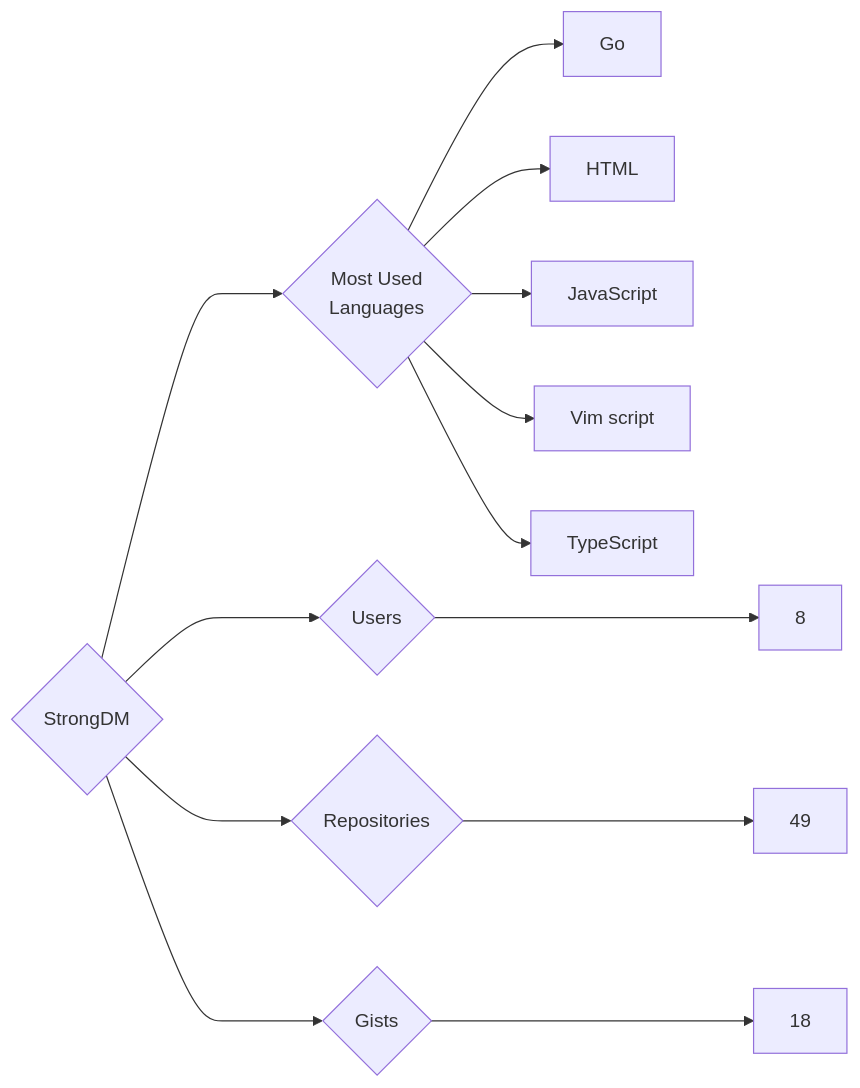
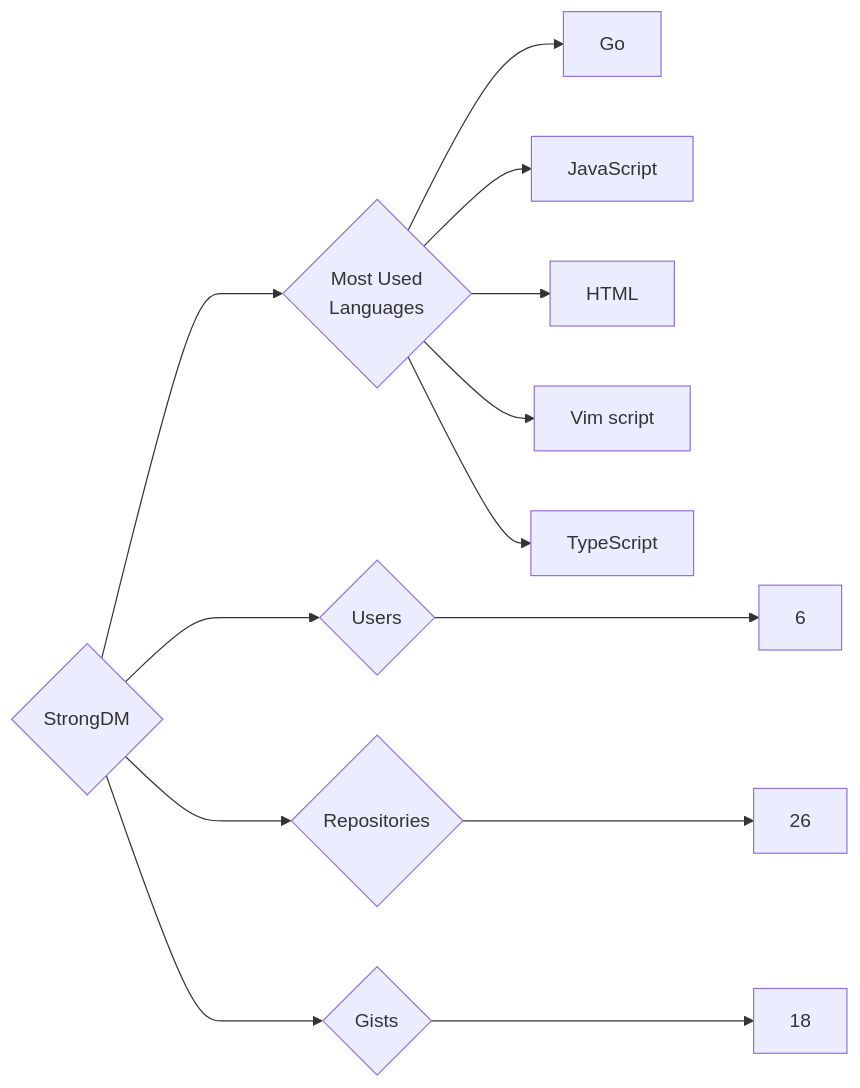
Before and after one commit to trickest/insiders: the diagram in targets/StrongDM/README.md, drawn with Mermaid. The commit also changed 682 other files, not shown here.

````diff
--- a/targets/StrongDM/README.md
+++ b/targets/StrongDM/README.md
@@ -3,13 +3,13 @@
 ```mermaid
 graph LR
 COMPANY_NAME{StrongDM}
-COMPANY_NAME ---> U{Users} ---> UN[8]
-COMPANY_NAME ---> R{Repositories} ---> RN[49]
+COMPANY_NAME ---> U{Users} ---> UN[6]
+COMPANY_NAME ---> R{Repositories} ---> RN[26]
 COMPANY_NAME ---> G{Gists} ---> GN[18]
 COMPANY_NAME ---> ML{Most Used<br>Languages}
 ML --> Go[Go]
+ML --> JavaScript[JavaScript]
 ML --> HTML[HTML]
-ML --> JavaScript[JavaScript]
 ML --> Vim_script[Vim script]
 ML --> TypeScript[TypeScript]
 ```
````
